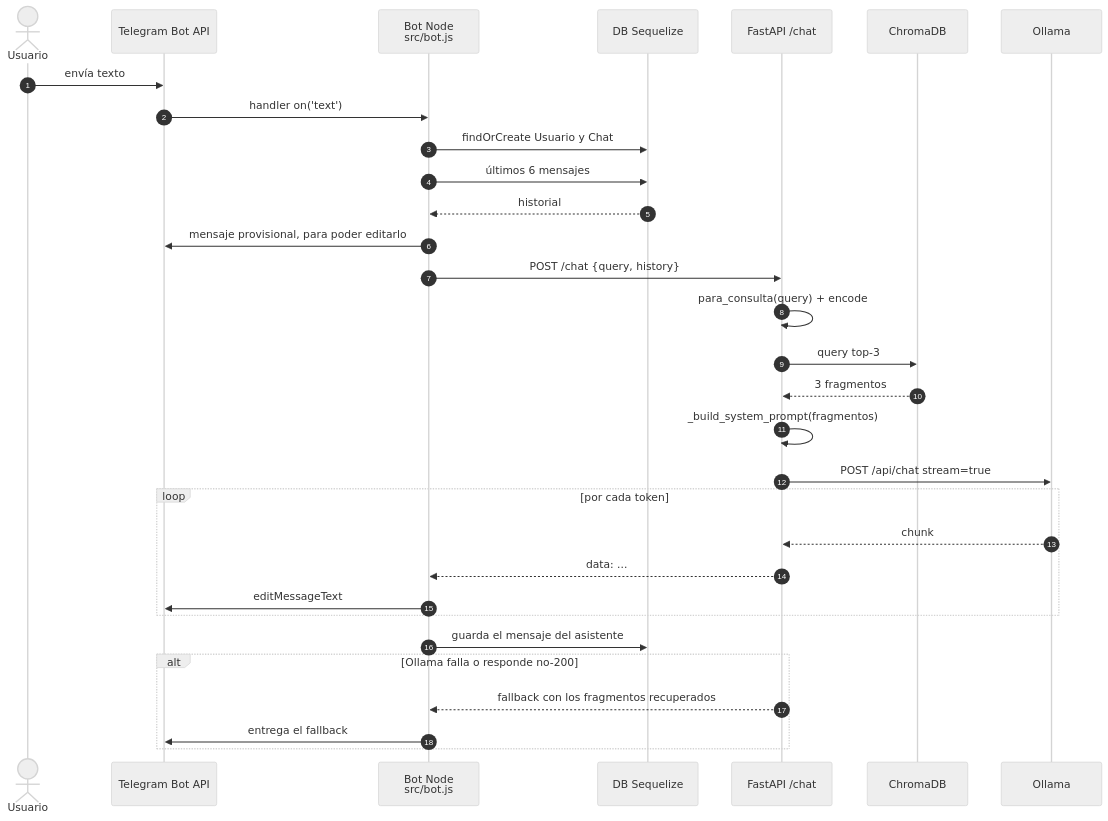
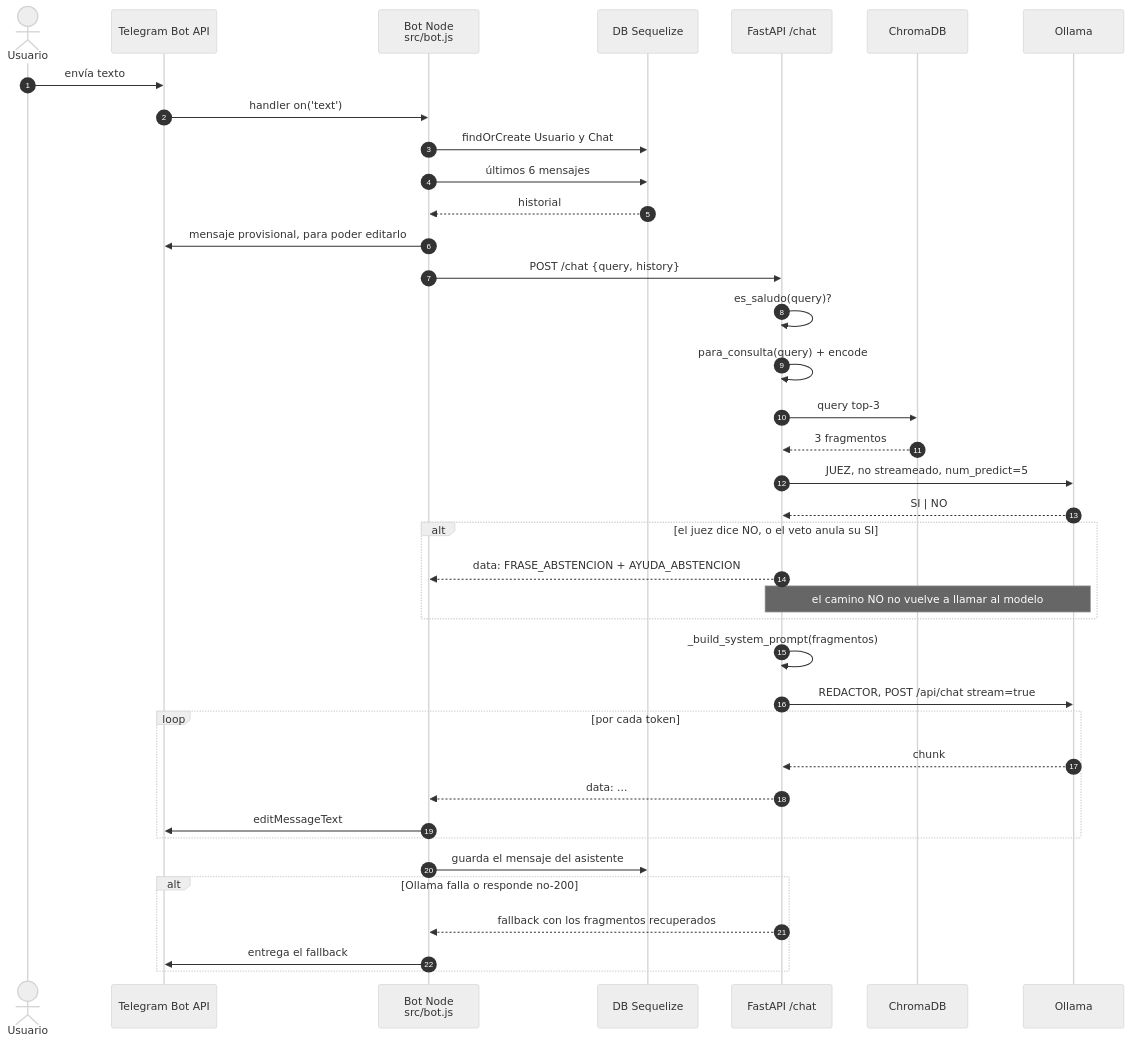
The second of 5 diagrams in Diagramas.md (Yami-000/EmprendeBackend), drawn with Mermaid (neutral theme) before and after one commit. The commit also changed other lines of this file and 12 other files, not shown here.

````diff
--- a/Diagramas.md
+++ b/Diagramas.md
@@ -67,38 +67,48 @@
 ```mermaid
 sequenceDiagram
   autonumber
   actor U as Usuario
   participant TA as Telegram Bot API
   participant B as Bot Node<br/>src/bot.js
   participant DB as DB Sequelize
   participant RAG as FastAPI /chat
   participant VEC as ChromaDB
   participant OLL as Ollama
 
   U->>TA: envía texto
   TA->>B: handler on('text')
   B->>DB: findOrCreate Usuario y Chat
   B->>DB: últimos 6 mensajes
   DB-->>B: historial
   B->>TA: mensaje provisional, para poder editarlo
   B->>RAG: POST /chat {query, history}
 
+  RAG->>RAG: es_saludo(query)?
   RAG->>RAG: para_consulta(query) + encode
   RAG->>VEC: query top-3
   VEC-->>RAG: 3 fragmentos
+
+  RAG->>OLL: JUEZ, no streameado, num_predict=5
+  OLL-->>RAG: SI | NO
+
+  alt el juez dice NO, o el veto anula su SI
+    RAG-->>B: data: FRASE_ABSTENCION + AYUDA_ABSTENCION
+    Note over RAG,OLL: el camino NO no vuelve a llamar al modelo
+  end
+
   RAG->>RAG: _build_system_prompt(fragmentos)
-  RAG->>OLL: POST /api/chat stream=true
+  RAG->>OLL: REDACTOR, POST /api/chat stream=true
 
   loop por cada token
     OLL-->>RAG: chunk
     RAG-->>B: data: ...
     B->>TA: editMessageText
   end
 
   B->>DB: guarda el mensaje del asistente
 
   alt Ollama falla o responde no-200
     RAG-->>B: fallback con los fragmentos recuperados
     B->>TA: entrega el fallback
   end
 ```
````
